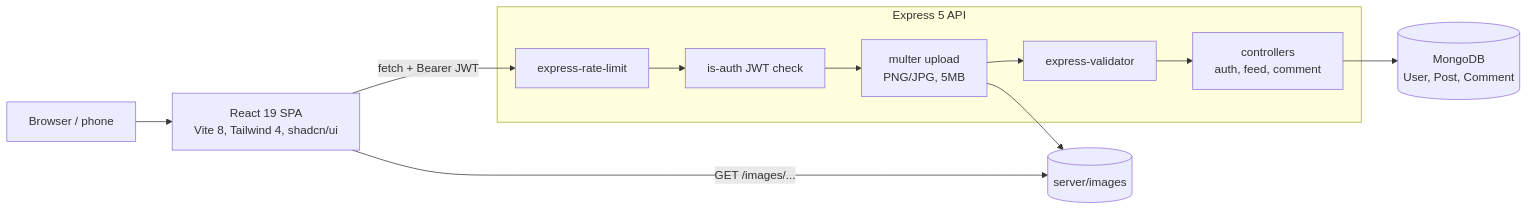
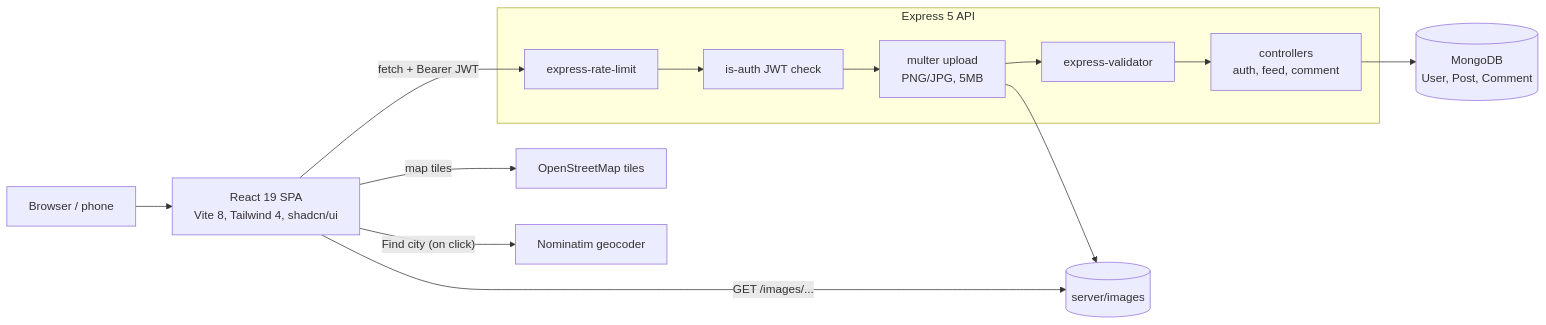
The diagram in README.md (Sagargupta16/tour-vibes), drawn with Mermaid before and after one commit. The commit also changed other lines of this file and 81 other files, not shown here.

````diff
--- a/README.md
+++ b/README.md
@@ -33,14 +52,16 @@
 ```mermaid
 flowchart LR
     U[Browser / phone] --> C[React 19 SPA<br/>Vite 8, Tailwind 4, shadcn/ui]
     C -- "fetch + Bearer JWT" --> RL
     subgraph API[Express 5 API]
         RL[express-rate-limit] --> AUTH[is-auth JWT check]
         AUTH --> UP[multer upload<br/>PNG/JPG, 5MB]
         UP --> V[express-validator]
         V --> CTRL[controllers<br/>auth, feed, comment]
     end
     CTRL --> DB[(MongoDB<br/>User, Post, Comment)]
     UP --> FS[(server/images)]
     C -- "GET /images/..." --> FS
+    C -- "map tiles" --> OSM[OpenStreetMap tiles]
+    C -- "Find city (on click)" --> NOM[Nominatim geocoder]
 ```
````
